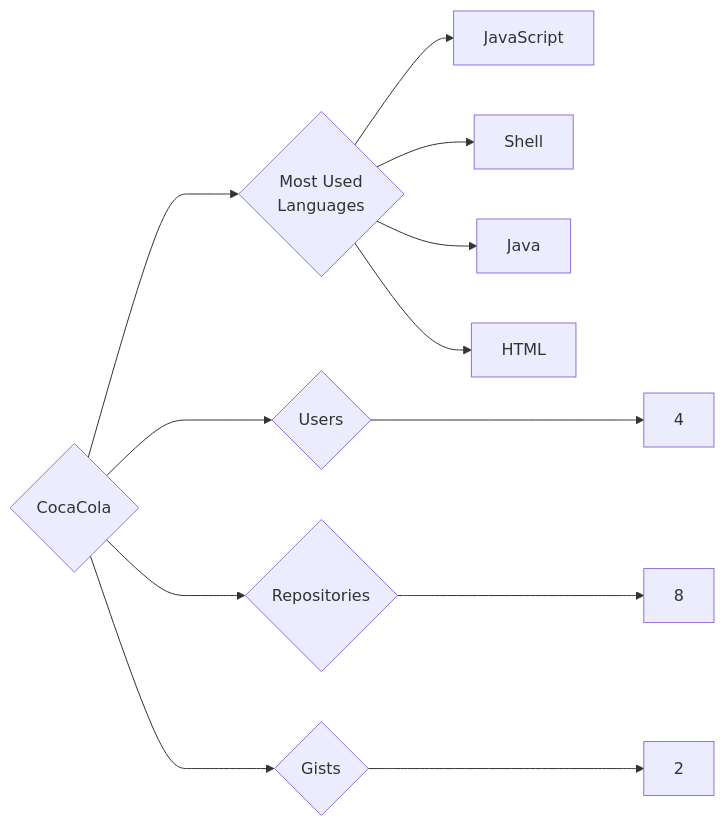
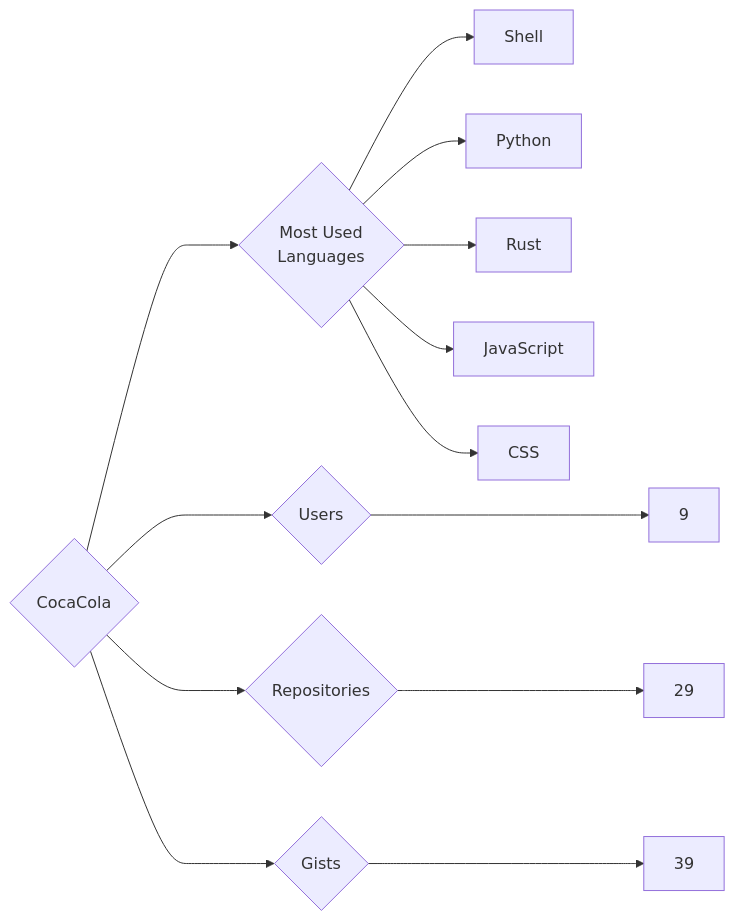
The diagram in targets/CocaCola/README.md (trickest/insiders), drawn with Mermaid before and after one commit. The commit also changed 823 other files, not shown here.

````diff
--- a/targets/CocaCola/README.md
+++ b/targets/CocaCola/README.md
@@ -3,12 +3,13 @@
 ```mermaid
 graph LR
 COMPANY_NAME{CocaCola}
-COMPANY_NAME ---> U{Users} ---> UN[4]
-COMPANY_NAME ---> R{Repositories} ---> RN[8]
-COMPANY_NAME ---> G{Gists} ---> GN[2]
+COMPANY_NAME ---> U{Users} ---> UN[9]
+COMPANY_NAME ---> R{Repositories} ---> RN[29]
+COMPANY_NAME ---> G{Gists} ---> GN[39]
 COMPANY_NAME ---> ML{Most Used<br>Languages}
+ML --> Shell[Shell]
+ML --> Python[Python]
+ML --> Rust[Rust]
 ML --> JavaScript[JavaScript]
-ML --> Shell[Shell]
-ML --> Java[Java]
-ML --> HTML[HTML]
+ML --> CSS[CSS]
 ```
````
